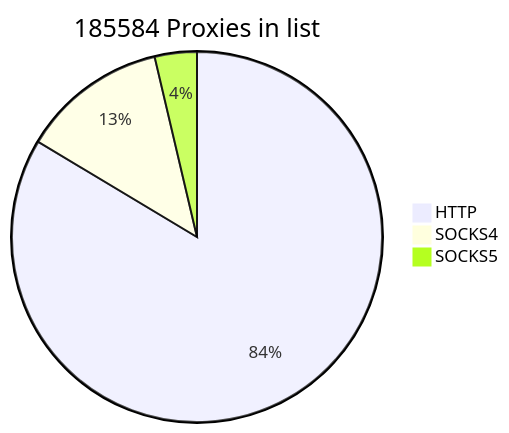
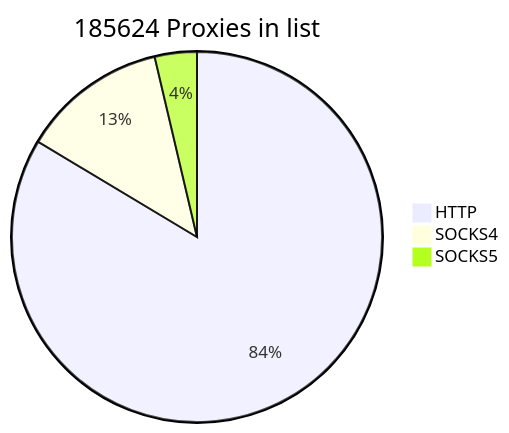
Before and after one commit to cutipu/proxylist: the first of 2 diagrams in README.md, drawn with Mermaid. The commit also changed other lines of this file, not shown here.

````diff
--- a/README.md
+++ b/README.md
@@ -2,7 +2,7 @@
 ```mermaid
-pie title 185584 Proxies in list
-    "HTTP" : 155135
+pie title 185624 Proxies in list
+    "HTTP" : 155175
     "SOCKS4" : 23628
     "SOCKS5" : 6821
             
 ```
````
